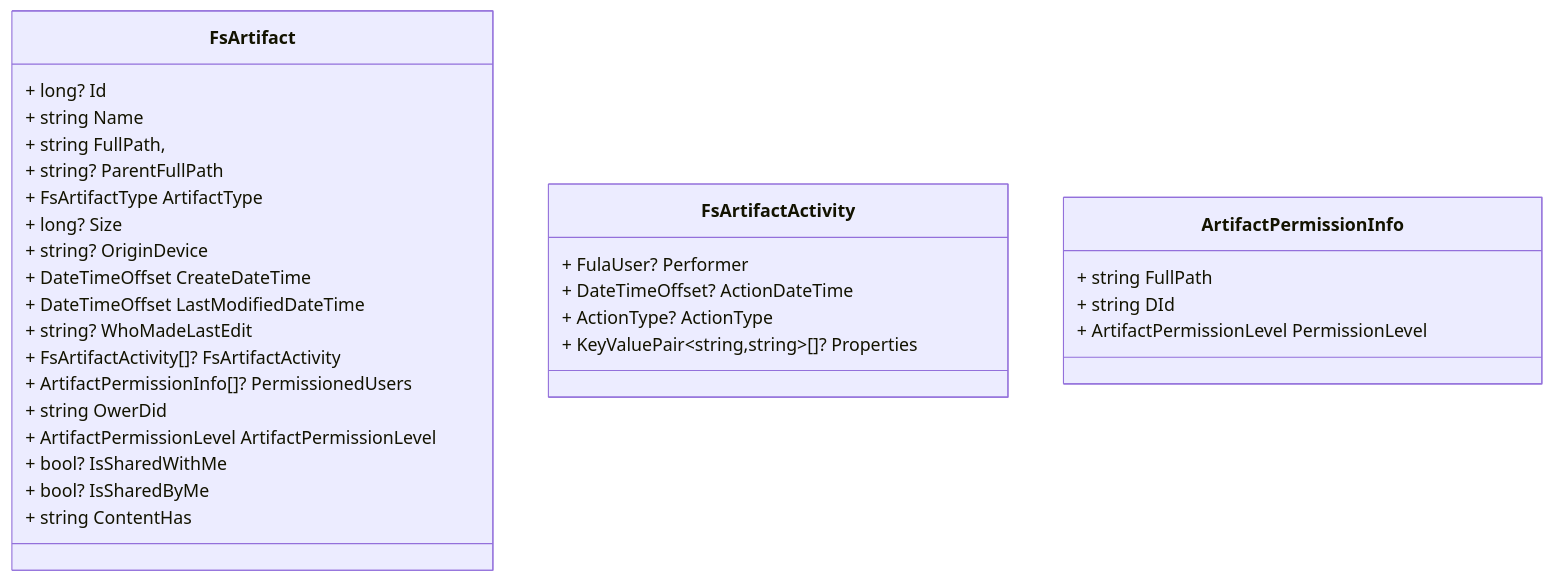
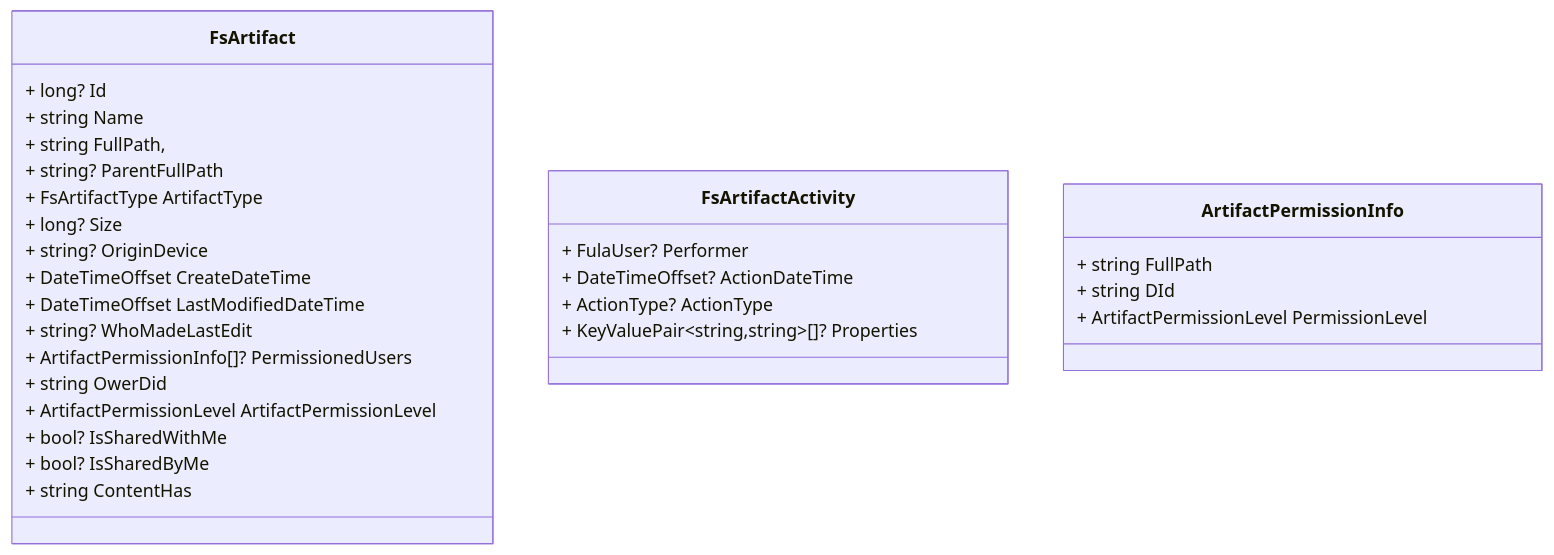
Before and after one commit to functionland/fx-files: the fourth of 6 diagrams in docs/fula-client-overview.md, drawn with Mermaid. The commit also changed other lines of this file, not shown here.

````diff
--- a/docs/fula-client-overview.md
+++ b/docs/fula-client-overview.md
@@ -88,36 +88,35 @@
 ```mermaid
 classDiagram
 
 class FsArtifact{
     + long?  Id
     + string Name
     + string FullPath,
     + string? ParentFullPath
     + FsArtifactType ArtifactType
     + long? Size
     + string? OriginDevice
     + DateTimeOffset CreateDateTime
     + DateTimeOffset LastModifiedDateTime
     + string? WhoMadeLastEdit
-    + FsArtifactActivity[]? FsArtifactActivity
     + ArtifactPermissionInfo[]? PermissionedUsers 
     + string OwerDid
     + ArtifactPermissionLevel ArtifactPermissionLevel
     + bool? IsSharedWithMe
     + bool? IsSharedByMe
     + string ContentHas
 }
 
 class FsArtifactActivity{
     + FulaUser? Performer
     + DateTimeOffset? ActionDateTime
     + ActionType? ActionType
     + KeyValuePair~string,string~[]? Properties
 }
 
 class ArtifactPermissionInfo{
     + string FullPath
     + string DId
     + ArtifactPermissionLevel PermissionLevel
 }
 ```
````
